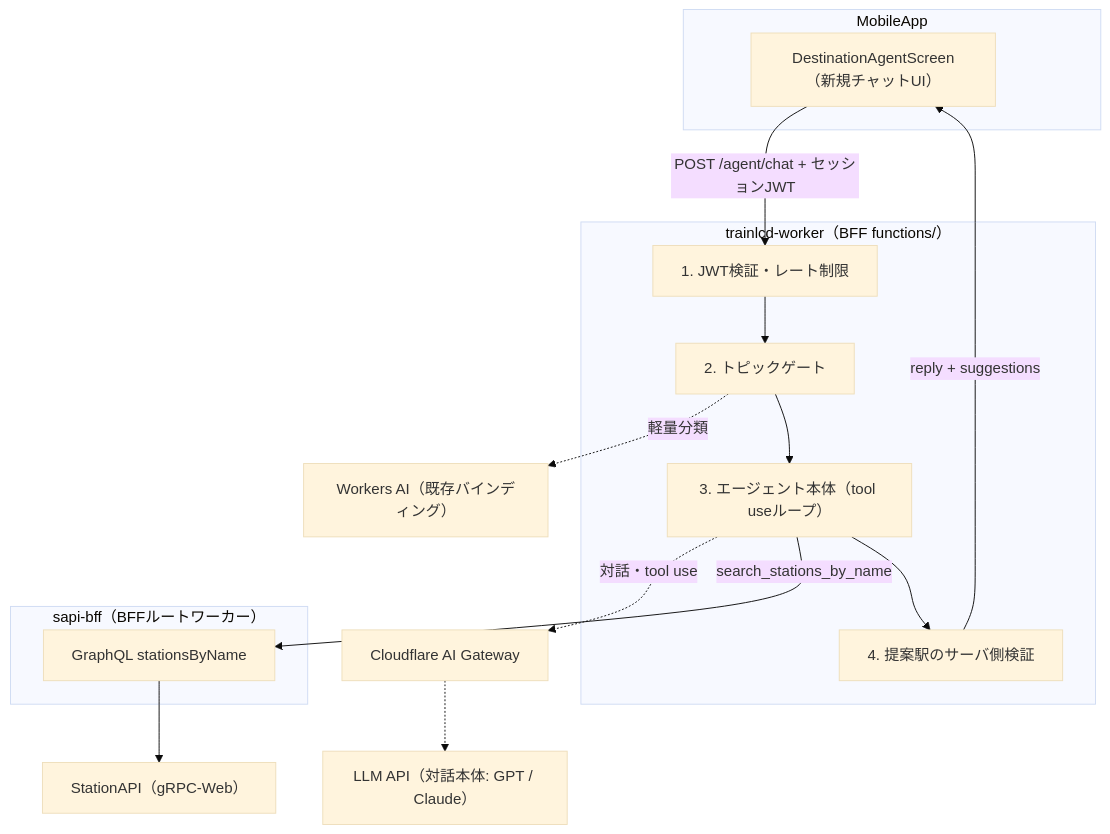
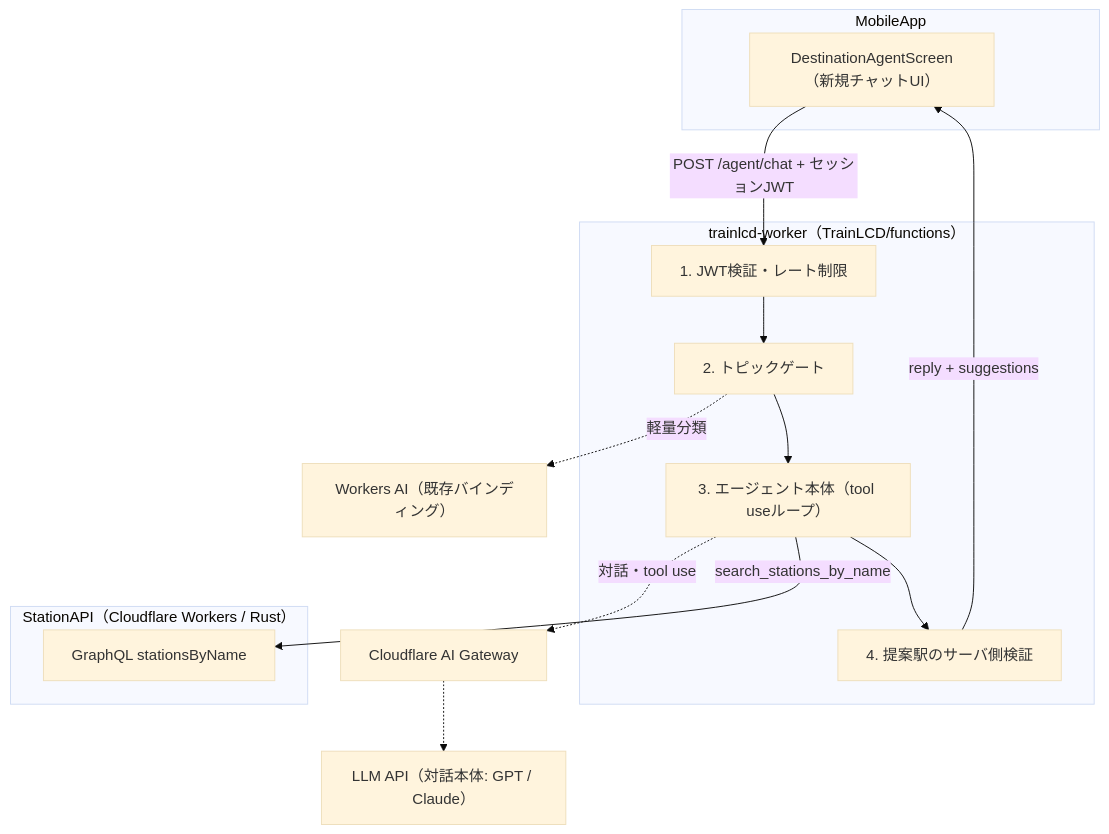
Before and after one commit to TrainLCD/MobileApp: the first of 2 diagrams in docs/spec/ai-agent/architecture.md, drawn with Mermaid (base theme). The commit also changed other lines of this file and 3 other files, not shown here.

````diff
--- a/docs/spec/ai-agent/architecture.md
+++ b/docs/spec/ai-agent/architecture.md
@@ -79,34 +79,31 @@
 ```mermaid
 flowchart TB
   subgraph app["MobileApp"]
     screen["DestinationAgentScreen（新規チャットUI）"]
   end
 
-  subgraph worker["trainlcd-worker（BFF functions/）"]
+  subgraph worker["trainlcd-worker（TrainLCD/functions）"]
     auth["1. JWT検証・レート制限"]
     gate["2. トピックゲート"]
     agent["3. エージェント本体（tool useループ）"]
     validate["4. 提案駅のサーバ側検証"]
   end
 
   wai["Workers AI（既存バインディング）"]
   gw["Cloudflare AI Gateway"]
   llm["LLM API（対話本体: GPT / Claude）"]
 
-  subgraph bff["sapi-bff（BFFルートワーカー）"]
+  subgraph sapi["StationAPI（Cloudflare Workers / Rust）"]
     gql["GraphQL stationsByName"]
   end
-
-  sapi["StationAPI（gRPC-Web）"]
 
   screen -- "POST /agent/chat + セッションJWT" --> auth
   auth --> gate
   gate -. "軽量分類" .-> wai
   gate --> agent
   agent -. "対話・tool use" .-> gw
   gw -.-> llm
   agent -- "search_stations_by_name" --> gql
-  gql --> sapi
   agent --> validate
   validate -- "reply + suggestions" --> screen
 ```
````
